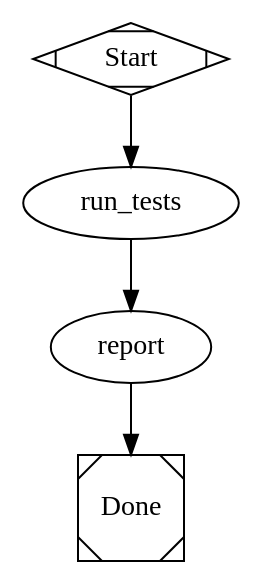
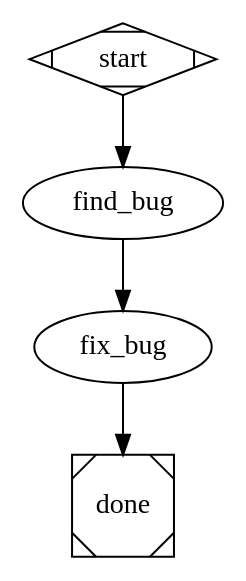
The first of 8 diagrams in README.md (bphansg/attractor), drawn with Graphviz before and after one commit. The commit also changed other lines of this file, not shown here.

````diff
--- a/README.md
+++ b/README.md
@@ -33,13 +13,12 @@
 ```dot
-digraph my_pipeline {
-  goal = "Run tests and report results"
+digraph fix_bug {
+  goal = "Fix the login bug"
 
-  start [shape=Mdiamond, label="Start"]
-  exit  [shape=Msquare,  label="Done"]
+  start    [shape=Mdiamond]
+  find_bug [prompt="Look at the code and find what's causing the login bug"]
+  fix_bug  [prompt="Fix the bug you found"]
+  done     [shape=Msquare]
 
-  run_tests [prompt="Execute the test suite and collect results"]
-  report    [prompt="Summarize the test results into a brief report"]
-
-  start -> run_tests -> report -> exit
+  start -> find_bug -> fix_bug -> done
 }
 ```
````
